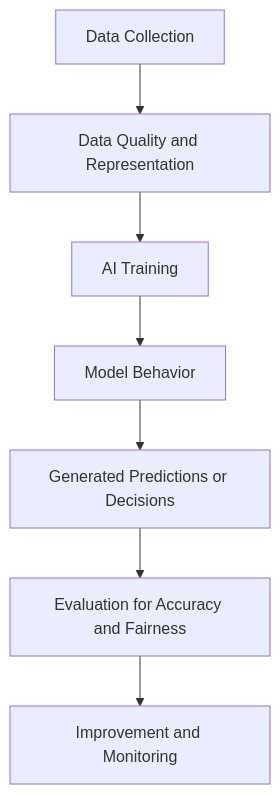
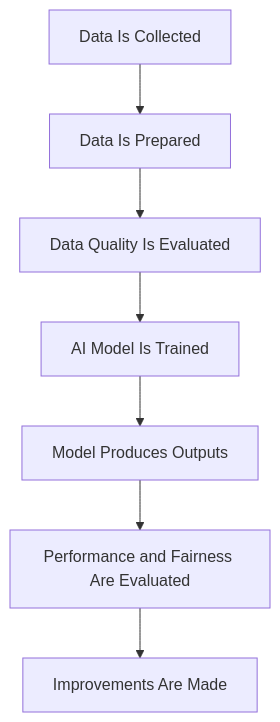
One commit to NicolausLionel/SLN changed the third of 5 diagrams in content/04_benefits-limitations-challenges.md. Above: the diagram before and after it, drawn with Mermaid. The commit also changed other lines of this file, not shown here.

````diff
--- a/content/04_benefits-limitations-challenges.md
+++ b/content/04_benefits-limitations-challenges.md
@@ -750,9 +434,9 @@
 ```mermaid
 flowchart TD
-    A["Data Collection"] --> B["Data Quality and Representation"]
-    B --> C["AI Training"]
-    C --> D["Model Behavior"]
-    D --> E["Generated Predictions or Decisions"]
-    E --> F["Evaluation for Accuracy and Fairness"]
-    F --> G["Improvement and Monitoring"]
+    A[Data Is Collected] --> B[Data Is Prepared]
+    B --> C[Data Quality Is Evaluated]
+    C --> D[AI Model Is Trained]
+    D --> E[Model Produces Outputs]
+    E --> F[Performance and Fairness Are Evaluated]
+    F --> G[Improvements Are Made]
 ```
````
